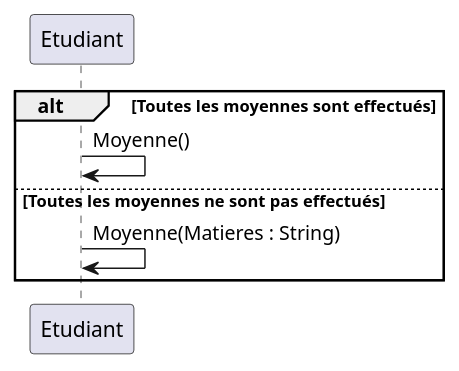
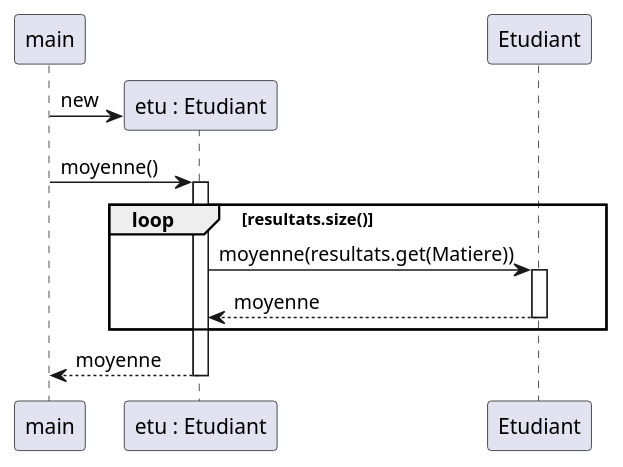
Before and after one commit to AssalHugo/TP2Exo3: the diagram in TP2Exo3/Diagramme_De_Sequence.puml, drawn with PlantUML.

Commit message:
Ajout du diag de seq fini

```diff
--- a/TP2Exo3/Diagramme_De_Sequence.puml
+++ b/TP2Exo3/Diagramme_De_Sequence.puml
@@ -1,10 +1,24 @@
 @startuml
 'https://plantuml.com/sequence-diagram
 
-alt Toutes les moyennes sont effectués
-    Etudiant -> Etudiant : Moyenne()
-else Toutes les moyennes ne sont pas effectués
-    Etudiant -> Etudiant : Moyenne(Matieres : String)
+participant "main" as m
+participant "etu : Etudiant" as E
+
+
+create E
+m -> E : new
+
+m -> E : moyenne()
+activate E
+
+loop resultats.size()
+    E -> Etudiant :moyenne(resultats.get(Matiere))
+    activate Etudiant
+    Etudiant --> E : moyenne
+    deactivate Etudiant
 end
 
+E --> m : moyenne
+deactivate E
+
 @enduml
```
